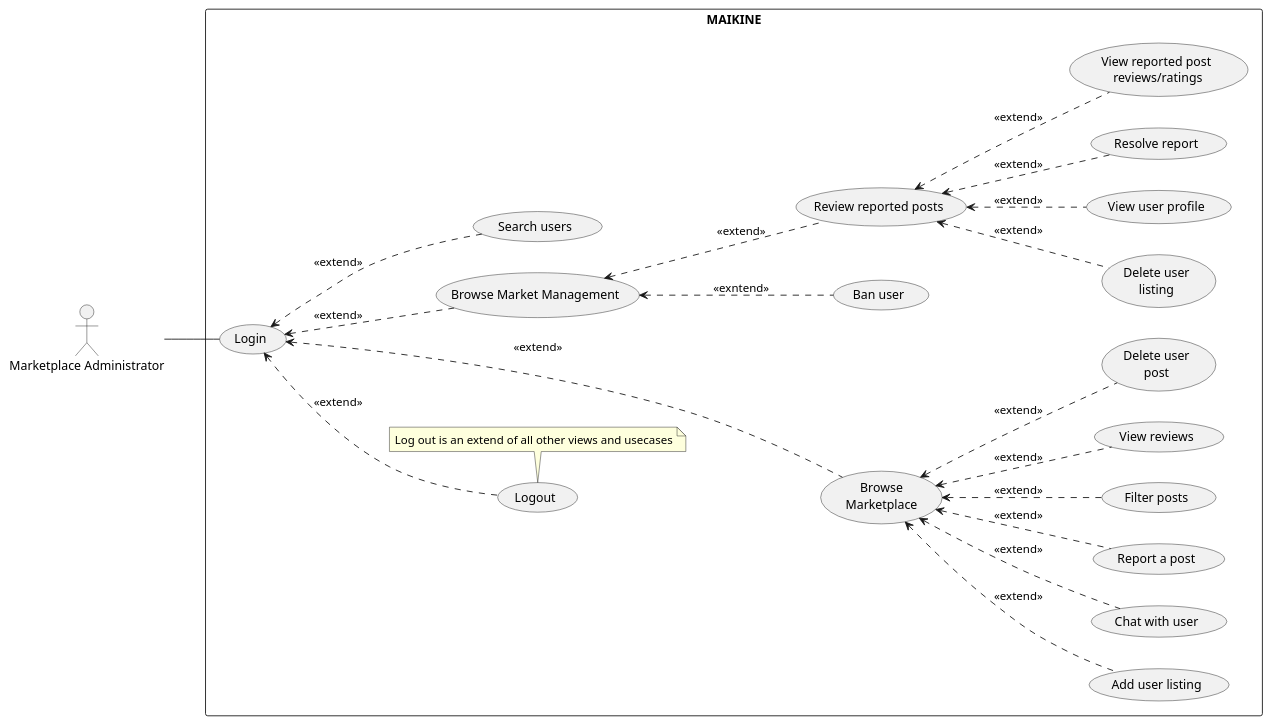
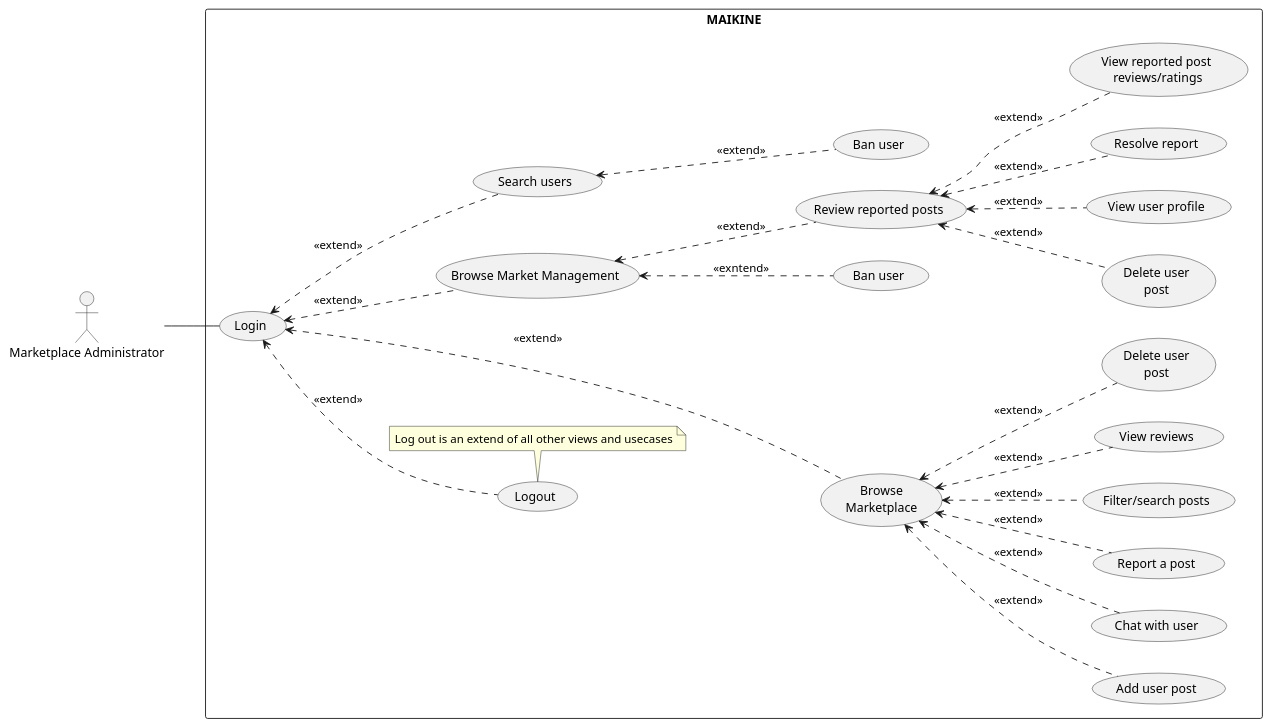
The diagram in usecaseDiagrams/Marketplace_Administrator_Diagram.puml (JanPerez35/PlantUML), drawn with PlantUML before and after one commit. The commit also changed 26 other files, not shown here.

Commit message:
Updates use case diagrams and activity diagrams

```diff
--- a/usecaseDiagrams/Marketplace_Administrator_Diagram.puml
+++ b/usecaseDiagrams/Marketplace_Administrator_Diagram.puml
@@ -1,61 +1,64 @@
 @startuml
 left to right direction
 skinparam packageStyle rectangle
 
 actor "Marketplace Administrator" as MarketplaceAdmin
 
 rectangle MAIKINE {
 
   usecase "Login" as UC_Login
   usecase "Logout" as UC_Logout
 
   usecase "Browse\nMarketplace" as UC_Browse
   usecase "Browse Market Management" as UC_Mana
   usecase "Search users" as UC_SearchUsers
-  usecase "Add user listing" as UC_AddListing
-  usecase "Delete user\nlisting" as UC_DeleteUserListing
+  usecase "Add user post" as UC_AddListing
+  usecase "Delete user\npost" as UC_DeleteUserListing
   usecase "Chat with user" as UC_Chat
   usecase "Report a post" as UC_Report
   usecase "Ban user" as UC_BanUser
+  usecase "Ban user" as UC_BanUserFromSearch
   usecase "Review reported posts" as UC_View
-  usecase "Filter posts" as UC_Filter
+  usecase "Filter/search posts" as UC_Filter
   usecase "View user profile" as UC_ViewProfile
   usecase "View reviews" as UC_ViewReview
   usecase "Resolve report" as UC_Resolve
   usecase "View reported post\n reviews/ratings" as UC_Research
   usecase "Delete user\npost" as UC_DeleteUserPost
   
 
   note bottom of (UC_Logout)
   Log out is an extend of all other views and usecases
   end note
 }
 
 MarketplaceAdmin -- UC_Login
 UC_Login <.. UC_Logout :<<extend>>
 UC_Login <.. UC_Browse :<<extend>>
 UC_Login <.. UC_Mana :<<extend>>
 UC_Login <.. UC_SearchUsers :<<extend>>
+
+UC_SearchUsers<.. UC_BanUserFromSearch :<<extend>>
 
 UC_Mana <.. UC_View :<<extend>>
 UC_Mana <.. UC_BanUser :<<exntend>>
 
 UC_View <.. UC_ViewProfile :<<extend>>
 UC_View <..UC_Resolve:<<extend>>
 UC_View <.. UC_DeleteUserListing :<<extend>>
 UC_View <.. UC_Research : <<extend>>
 
 
 UC_Browse <.. UC_Chat :<<extend>>
 
 UC_Browse <.. UC_Filter :<<extend>>
 UC_Browse <.. UC_AddListing :<<extend>>
 UC_Browse <.. UC_ViewReview :<<extend>>
 UC_Browse <.. UC_Report :<<extend>>
 UC_Browse <.. UC_DeleteUserPost :<<extend>>
 
 UC_Logout -down[hidden]-> UC_Browse
 
 
 
 @enduml
```
